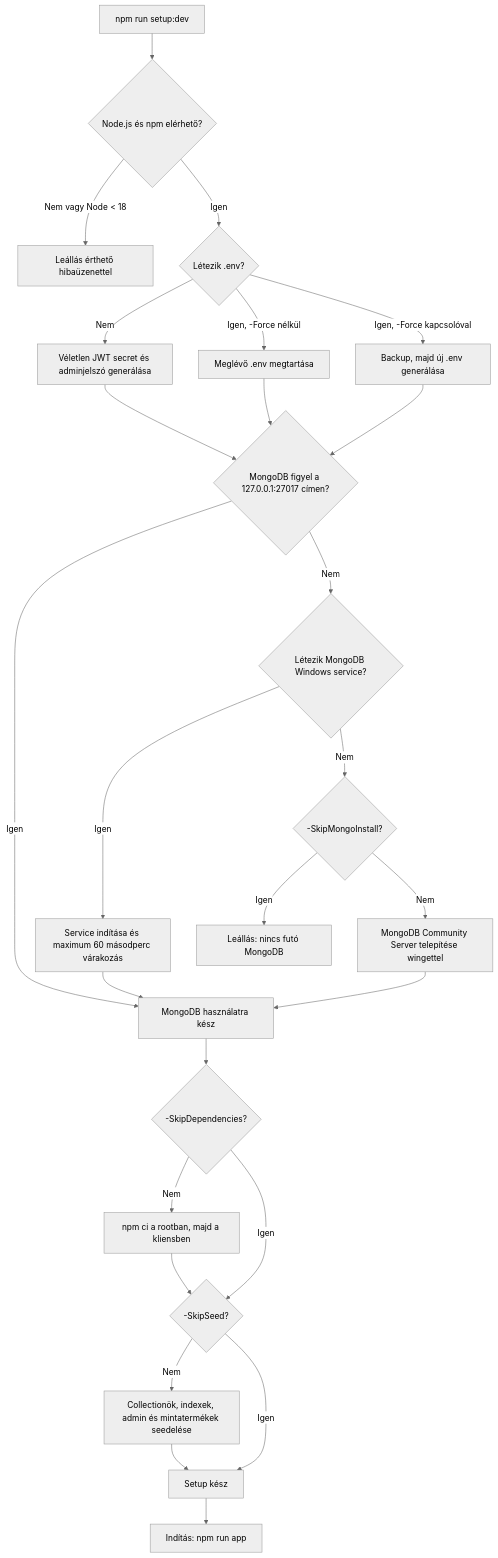
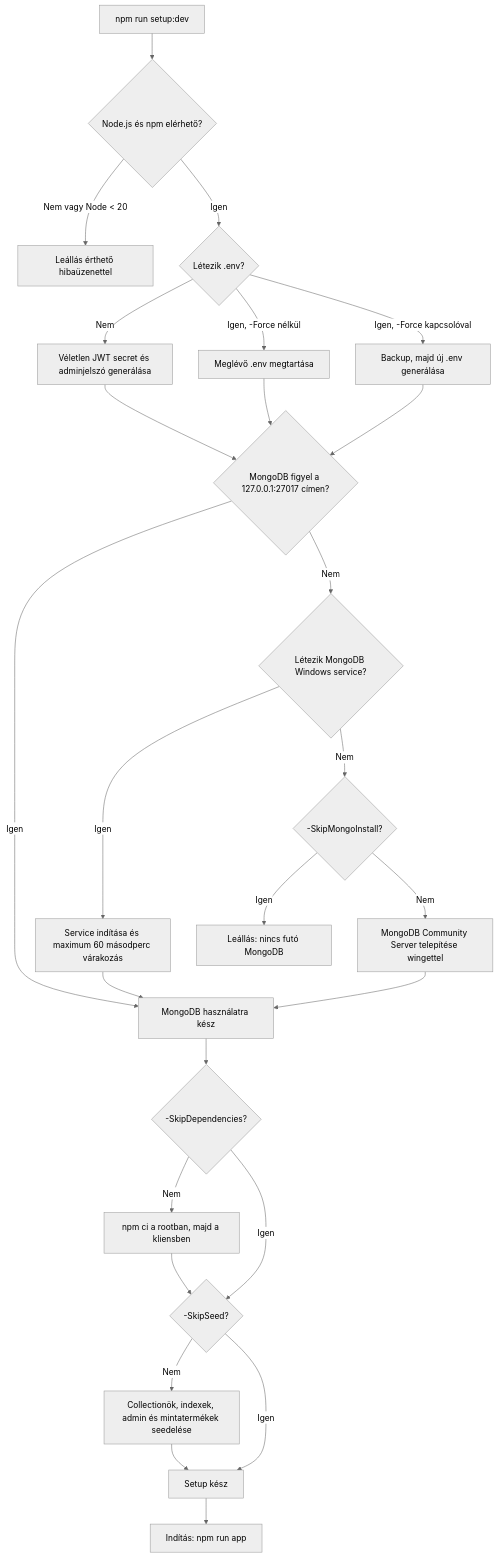
One commit to 3D-Garage/Techlines changed the tenth of 10 diagrams in ARCHITECTURE.md. Above: the diagram before and after it, drawn with Mermaid (neutral theme). The commit also changed other lines of this file and 27 other files, not shown here.

Commit message:
feat: implement custom 3D printing order flow with secure file upload and admin management

````diff
--- a/ARCHITECTURE.md
+++ b/ARCHITECTURE.md
@@ -1252,28 +1252,28 @@
 ```mermaid
 flowchart TD
     A["npm run setup:dev"] --> B{"Node.js és npm elérhető?"}
-    B -- "Nem vagy Node < 18" --> B1["Leállás érthető hibaüzenettel"]
+    B -- "Nem vagy Node < 20" --> B1["Leállás érthető hibaüzenettel"]
     B -- Igen --> C{"Létezik .env?"}
     C -- Nem --> C1["Véletlen JWT secret és adminjelszó generálása"]
     C -- "Igen, -Force nélkül" --> C2["Meglévő .env megtartása"]
     C -- "Igen, -Force kapcsolóval" --> C3["Backup, majd új .env generálása"]
     C1 --> D{"MongoDB figyel a 127.0.0.1:27017 címen?"}
     C2 --> D
     C3 --> D
     D -- Igen --> E["MongoDB használatra kész"]
     D -- Nem --> F{"Létezik MongoDB Windows service?"}
     F -- Igen --> F1["Service indítása és maximum 60 másodperc várakozás"]
     F -- Nem --> G{"-SkipMongoInstall?"}
     G -- Igen --> G1["Leállás: nincs futó MongoDB"]
     G -- Nem --> G2["MongoDB Community Server telepítése wingettel"]
     F1 --> E
     G2 --> E
     E --> H{"-SkipDependencies?"}
     H -- Nem --> H1["npm ci a rootban, majd a kliensben"]
     H -- Igen --> I{"-SkipSeed?"}
     H1 --> I
     I -- Nem --> I1["Collectionök, indexek, admin és mintatermékek seedelése"]
     I -- Igen --> J["Setup kész"]
     I1 --> J
     J --> K["Indítás: npm run app"]
 ```
````
